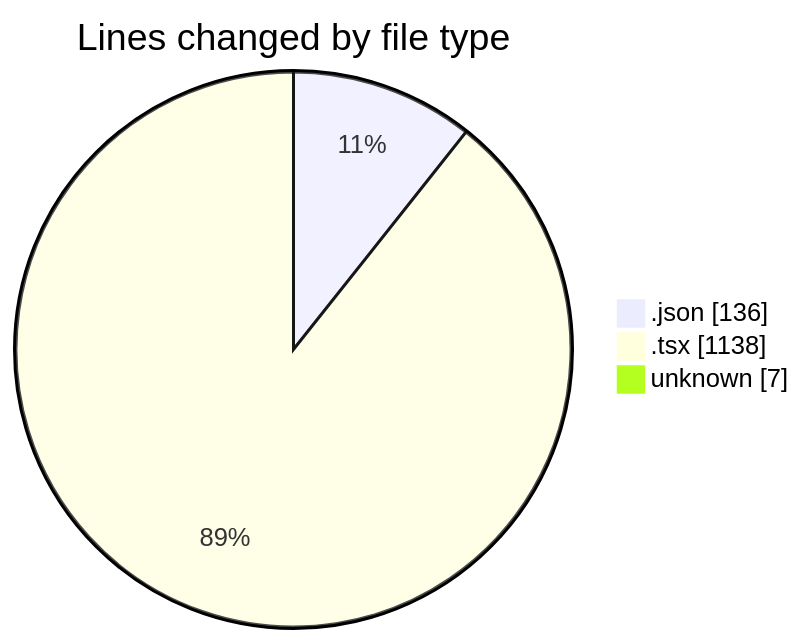
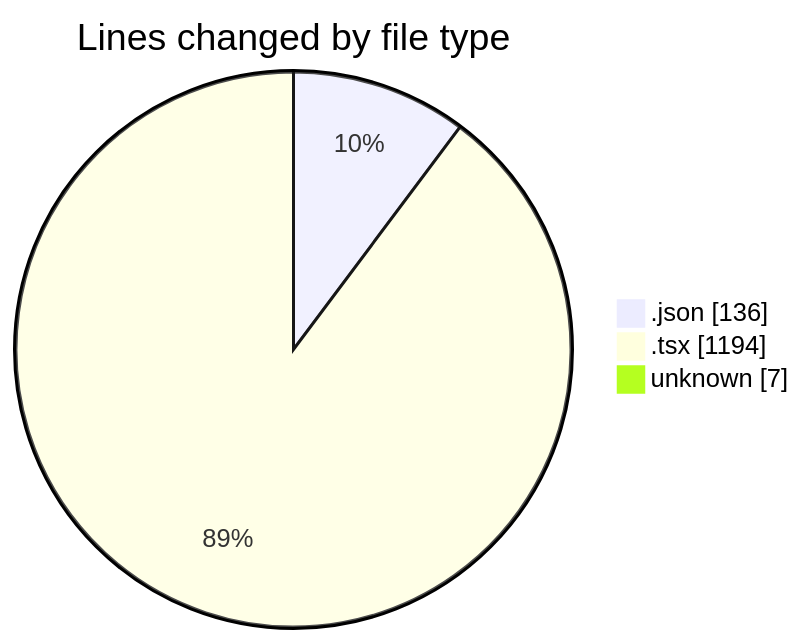
One commit to 3Nya3/code-tracking changed the first of 2 diagrams in 2024-12-31/nyah/README.md. Above: the diagram before and after it, drawn with Mermaid. The commit also changed other lines of this file and 1 other file, not shown here.

````diff
--- a/2024-12-31/nyah/README.md
+++ b/2024-12-31/nyah/README.md
@@ -23,7 +23,7 @@
 ```mermaid
 pie showData
 title Lines changed by file type
 ".json" : 136
-".tsx" : 1138
+".tsx" : 1194
 "unknown" : 7
 ```
````
